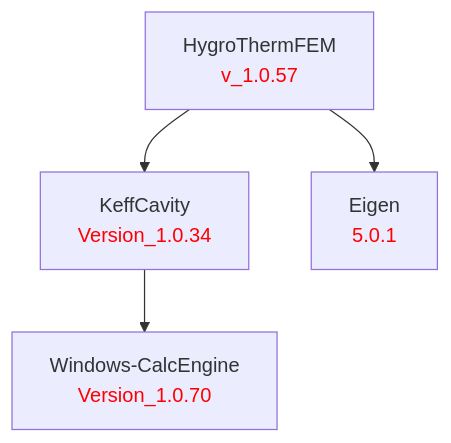
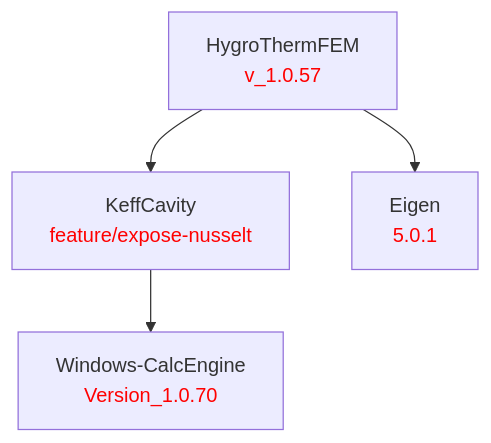
The diagram in doc/HygroThermFEM.md (LBNL-ETA/HygroThermFEM), drawn with Mermaid before and after one commit. The commit also changed 2 other files, not shown here.

Commit message:
Track KeffCavity RadiationCalculation rename
KeffCavity replaced RadiationCalculation::Yes with ::Simplified (and
::No with ::Detailed) to better describe the methodology selection.
Update the lone reference in GasCavities to keep building, and bump
KeffCavity_Branch to feature/expose-nusselt for now -- to be repinned
to a tagged release once KeffCavity ships.

````diff
--- a/doc/HygroThermFEM.md
+++ b/doc/HygroThermFEM.md
@@ -1,13 +1,13 @@
 ```mermaid
 graph TD
     %% Package definitions
     HygroThermFEM[HygroThermFEM<br/><font color='red'>v_1.0.57</font>]
-    KeffCavity[KeffCavity<br/><font color='red'>Version_1.0.34</font>]
+    KeffCavity[KeffCavity<br/><font color='red'>feature/expose-nusselt</font>]
     Eigen[Eigen<br/><font color='red'>5.0.1</font>]
     WindowsCalcEngine[Windows-CalcEngine<br/><font color='red'>Version_1.0.70</font>]
 
     %% Package relations
     HygroThermFEM --> KeffCavity
     HygroThermFEM --> Eigen
     KeffCavity --> WindowsCalcEngine
 ```
````
